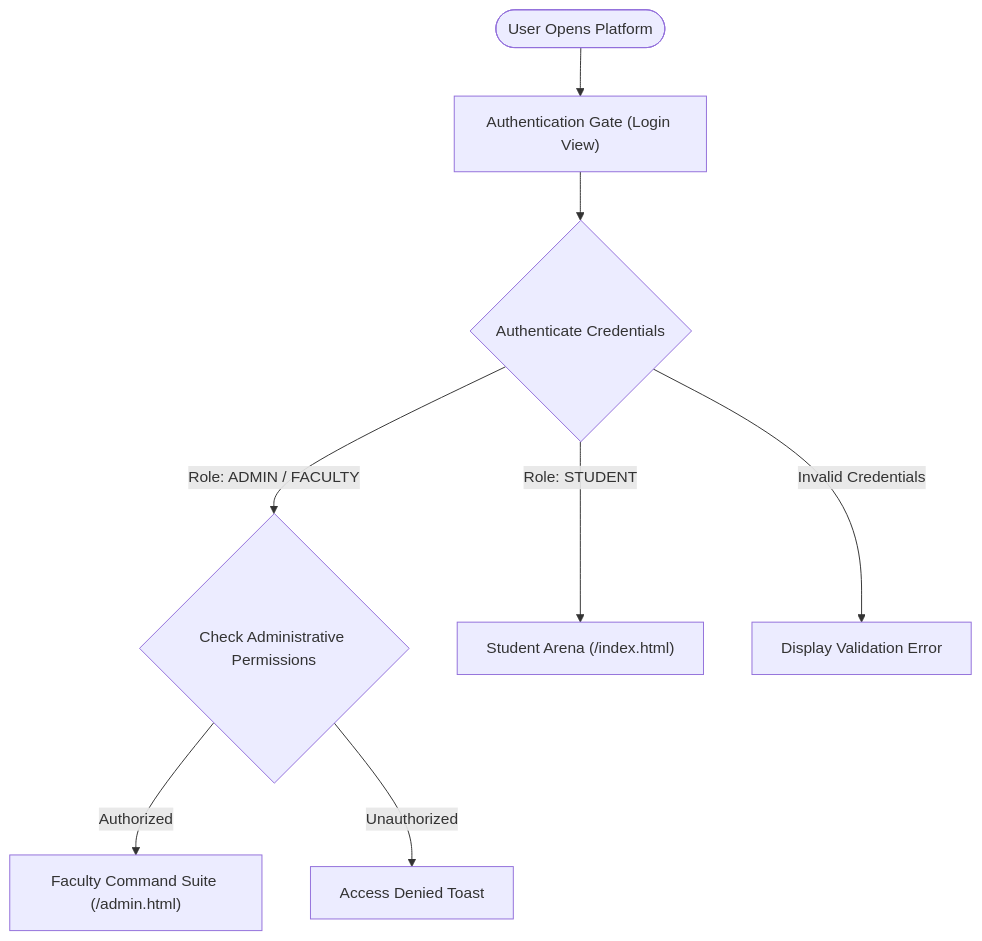
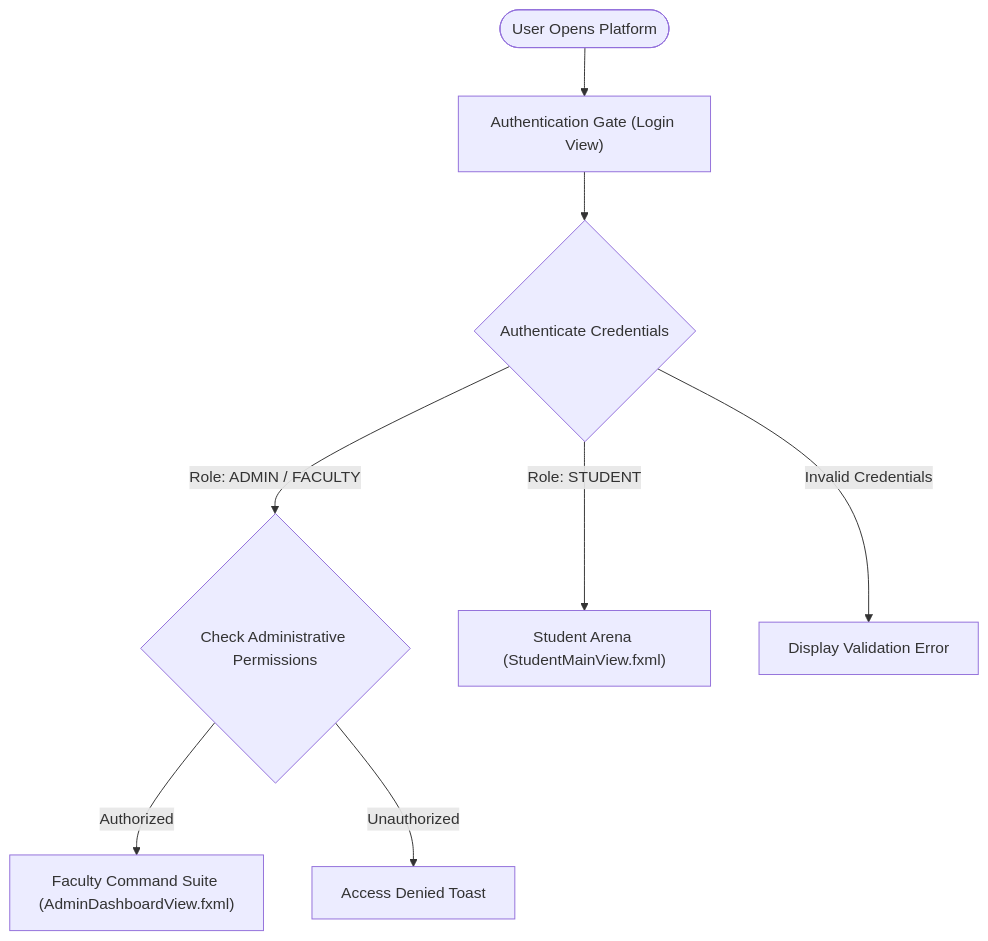
The diagram in docs/FACULTY_AND_STUDENT_PORTALS.md (udaykumarreddy07/CODING-BATTLE), drawn with Mermaid before and after one commit. The commit also changed other lines of this file and 4 other files, not shown here.

````diff
--- a/docs/FACULTY_AND_STUDENT_PORTALS.md
+++ b/docs/FACULTY_AND_STUDENT_PORTALS.md
@@ -30,12 +30,12 @@
 ```mermaid
 flowchart TD
     Start([User Opens Platform]) --> LoginView["Authentication Gate (Login View)"]
     LoginView --> CredentialsCheck{"Authenticate Credentials"}
     
     CredentialsCheck -->|Role: ADMIN / FACULTY| AdminCheck{"Check Administrative Permissions"}
-    AdminCheck -->|Authorized| AdminPortal["Faculty Command Suite (/admin.html)"]
+    AdminCheck -->|Authorized| AdminPortal["Faculty Command Suite (AdminDashboardView.fxml)"]
     AdminCheck -->|Unauthorized| ErrorMsg["Access Denied Toast"]
     
-    CredentialsCheck -->|Role: STUDENT| StudentPortal["Student Arena (/index.html)"]
+    CredentialsCheck -->|Role: STUDENT| StudentPortal["Student Arena (StudentMainView.fxml)"]
     CredentialsCheck -->|Invalid Credentials| ShakeForm["Display Validation Error"]
 ```
````
